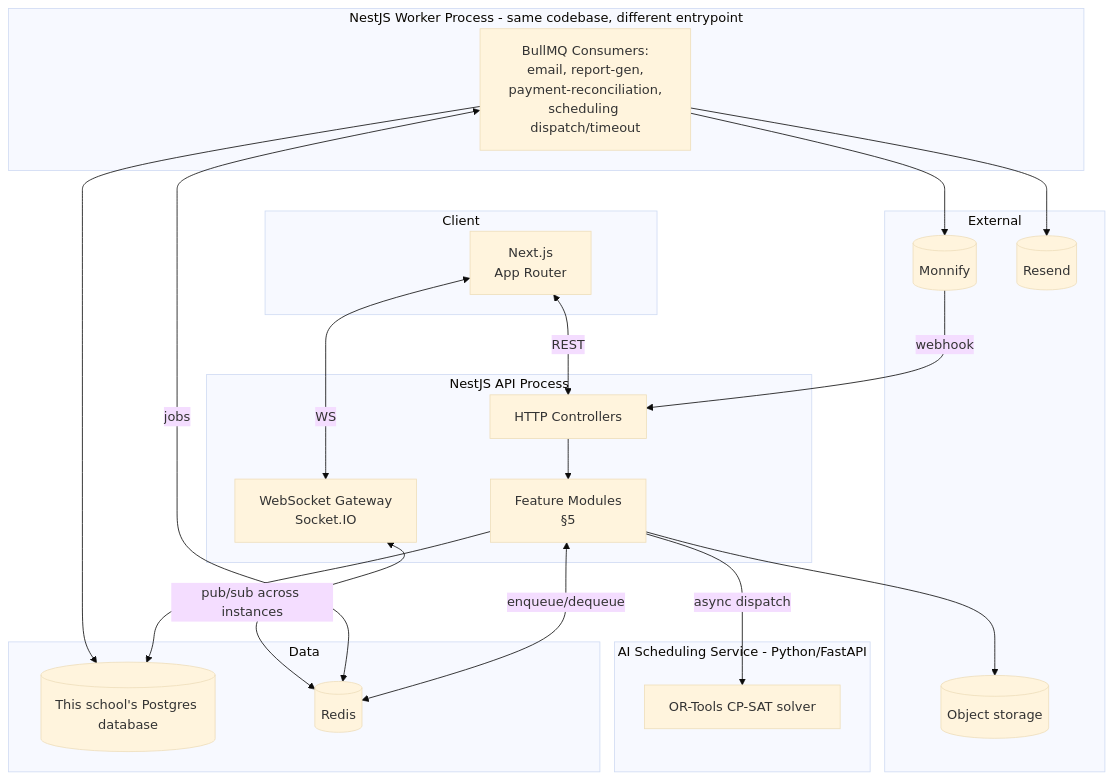
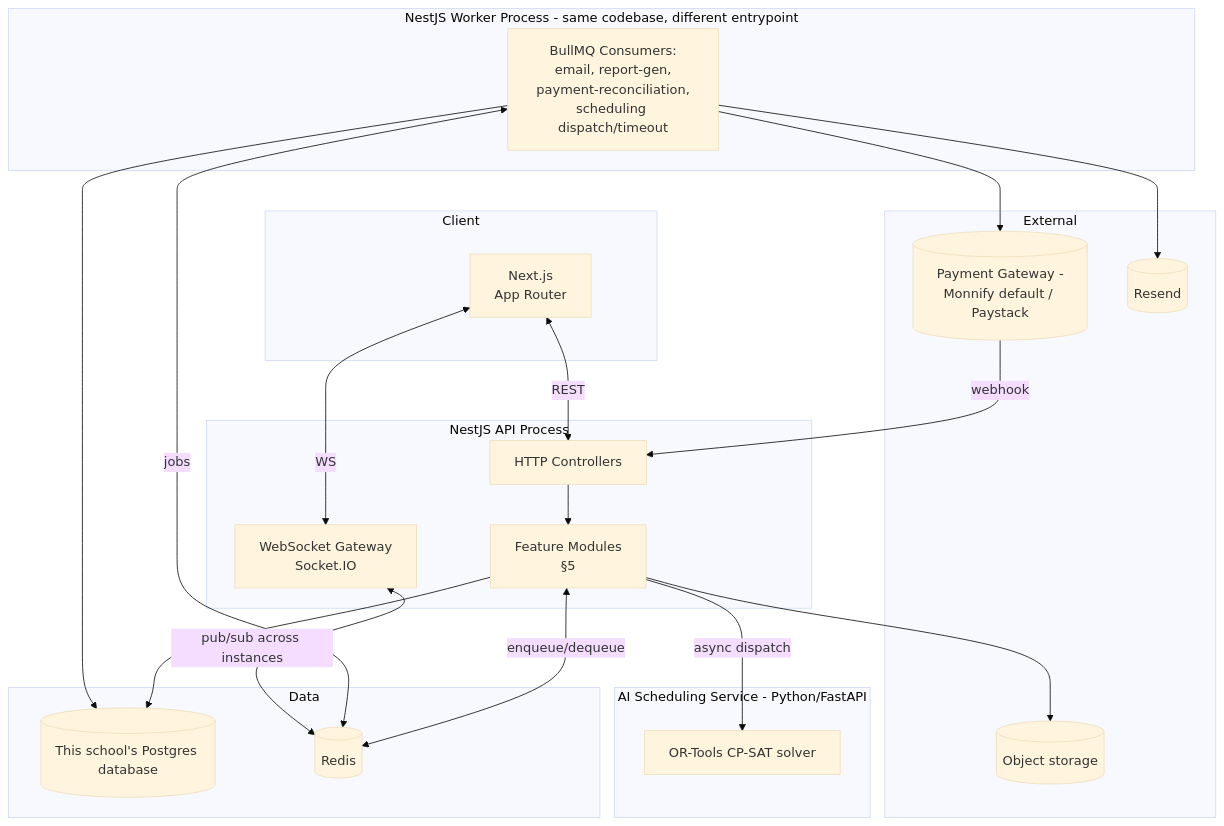
The second of 9 diagrams in docs/ARCHITECTURE.md (teeliny/school-management), drawn with Mermaid (base theme) before and after one commit. The commit also changed other lines of this file and 3 other files, not shown here.

````diff
--- a/docs/ARCHITECTURE.md
+++ b/docs/ARCHITECTURE.md
@@ -48,45 +48,45 @@
 ```mermaid
 flowchart TB
     subgraph Client
         WEB[Next.js<br/>App Router]
     end
 
     subgraph API_Process[NestJS API Process]
         HTTP[HTTP Controllers]
         WS[WebSocket Gateway<br/>Socket.IO]
         MODULES[Feature Modules<br/>§5]
     end
 
     subgraph Workers[NestJS Worker Process - same codebase, different entrypoint]
         BQ[BullMQ Consumers:<br/>email, report-gen,<br/>payment-reconciliation,<br/>scheduling dispatch/timeout]
     end
 
     subgraph SchedulingSvc[AI Scheduling Service - Python/FastAPI]
         CPSAT[OR-Tools CP-SAT solver]
     end
 
     subgraph Data
         DB[(This school's Postgres database)]
         REDIS[(Redis)]
     end
 
     subgraph External
-        MNF[(Monnify)]
+        PGW[(Payment Gateway -<br/>Monnify default / Paystack)]
         RSD[(Resend)]
         S3O[(Object storage)]
     end
 
     WEB <-- REST --> HTTP
     WEB <-- WS --> WS
     HTTP --> MODULES
     MODULES --> DB
     MODULES <-- enqueue/dequeue --> REDIS
     BQ <-- jobs --> REDIS
     BQ --> DB
     BQ --> RSD
-    BQ --> MNF
+    BQ --> PGW
     MODULES -- async dispatch --> CPSAT
     WS <-- pub/sub across instances --> REDIS
     MODULES --> S3O
-    MNF -- webhook --> HTTP
+    PGW -- webhook --> HTTP
 ```
````
